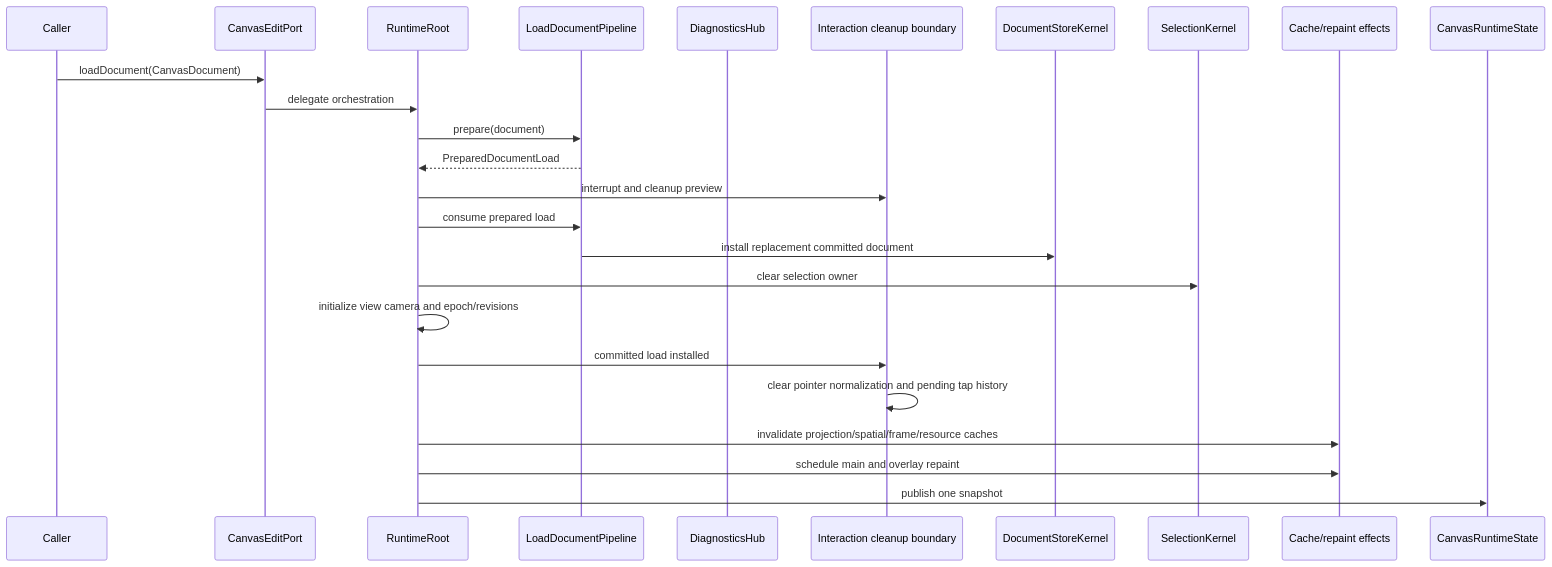
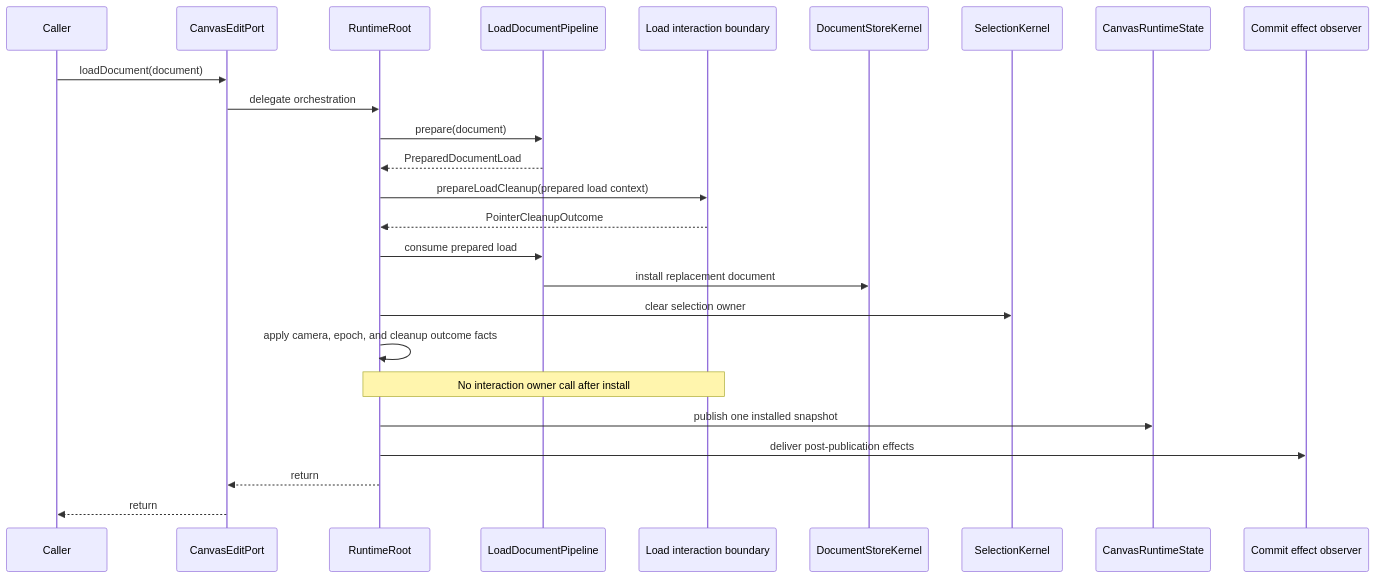
The third of 4 diagrams in .design/2026-05-26-p6-load-document.md (GreatPika/iwb_canvas_engine), drawn with Mermaid before and after one commit. The commit also changed other lines of this file, not shown here.

First line of the commit message:
docs: repair P6 load document design

````diff
--- a/.design/2026-05-26-p6-load-document.md
+++ b/.design/2026-05-26-p6-load-document.md
@@ -595,28 +353,28 @@
 ```mermaid
 sequenceDiagram
   participant Caller
   participant API as CanvasEditPort
   participant Runtime as RuntimeRoot
   participant Pipeline as LoadDocumentPipeline
-  participant Diagnostics as DiagnosticsHub
-  participant Interaction as Interaction cleanup boundary
+  participant Interaction as Load interaction boundary
   participant Store as DocumentStoreKernel
   participant Selection as SelectionKernel
-  participant Effects as Cache/repaint effects
   participant State as CanvasRuntimeState
+  participant Observer as Commit effect observer
 
-  Caller->>API: loadDocument(CanvasDocument)
+  Caller->>API: loadDocument(document)
   API->>Runtime: delegate orchestration
   Runtime->>Pipeline: prepare(document)
   Pipeline-->>Runtime: PreparedDocumentLoad
-  Runtime->>Interaction: interrupt and cleanup preview
+  Runtime->>Interaction: prepareLoadCleanup(prepared load context)
+  Interaction-->>Runtime: PointerCleanupOutcome
   Runtime->>Pipeline: consume prepared load
-  Pipeline->>Store: install replacement committed document
+  Pipeline->>Store: install replacement document
   Runtime->>Selection: clear selection owner
-  Runtime->>Runtime: initialize view camera and epoch/revisions
-  Runtime->>Interaction: committed load installed
-  Interaction->>Interaction: clear pointer normalization and pending tap history
-  Runtime->>Effects: invalidate projection/spatial/frame/resource caches
-  Runtime->>Effects: schedule main and overlay repaint
-  Runtime->>State: publish one snapshot
+  Runtime->>Runtime: apply camera, epoch, and cleanup outcome facts
+  Note over Runtime,Interaction: No interaction owner call after install
+  Runtime->>State: publish one installed snapshot
+  Runtime->>Observer: deliver post-publication effects
+  Runtime-->>API: return
+  API-->>Caller: return
 ```
````
